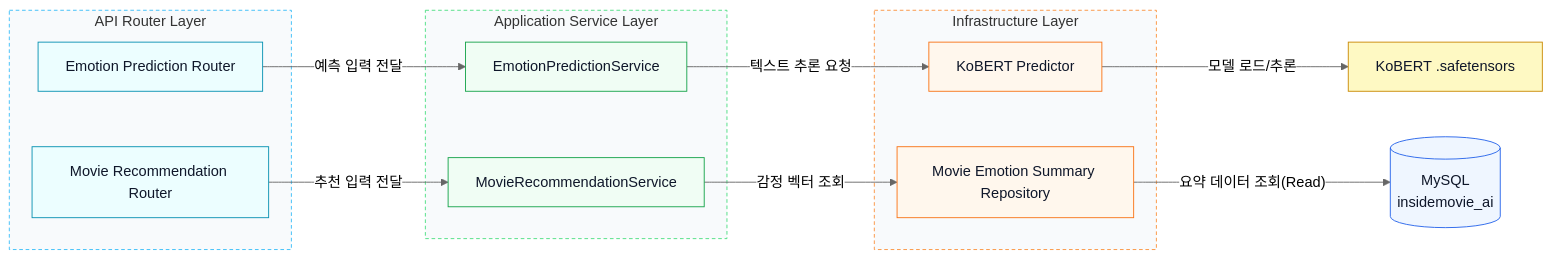
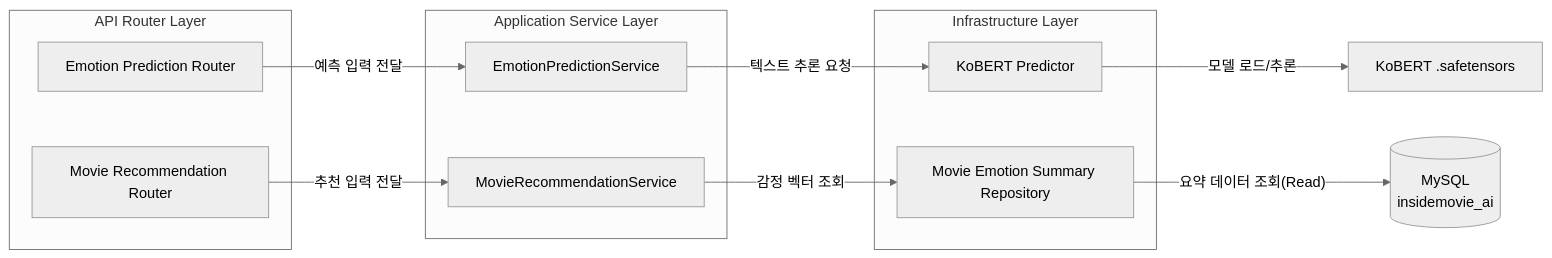
The third of 9 diagrams in posts/projects/movie-platform.md (Gumraze-git/devlog), drawn with Mermaid (neutral theme) before and after one commit. The commit also changed other lines of this file and 8 other files, not shown here.

````diff
--- a/posts/projects/movie-platform.md
+++ b/posts/projects/movie-platform.md
@@ -174,43 +211,31 @@
 ```mermaid
 flowchart LR
   subgraph API["API Router Layer"]
     A_Emotion["Emotion Prediction Router"]
     A_Recommend["Movie Recommendation Router"]
   end
 
   subgraph APP["Application Service Layer"]
     S_Emotion["EmotionPredictionService"]
     S_Recommend["MovieRecommendationService"]
   end
 
   subgraph INFRA["Infrastructure Layer"]
     Repo["Movie Emotion Summary Repository"]
     Predictor["KoBERT Predictor"]
   end
 
   DBAI[("MySQL<br/>insidemovie_ai")]
   Model["KoBERT .safetensors"]
 
   A_Emotion -- "예측 입력 전달" --> S_Emotion
   A_Recommend -- "추천 입력 전달" --> S_Recommend
   S_Emotion -- "텍스트 추론 요청" --> Predictor
   S_Recommend -- "감정 벡터 조회" --> Repo
   Repo -- "요약 데이터 조회(Read)" --> DBAI
   Predictor -- "모델 로드/추론" --> Model
 
-  class A_Emotion,A_Recommend api
-  class S_Emotion,S_Recommend appsvc
-  class Repo,Predictor infra
-  class DBAI data
-  class Model model
+  class S_Emotion,S_Recommend sem-success;
+  class A_Emotion,A_Recommend,Repo,Predictor,Model sem-info;
 
-  classDef api fill:#ecfeff,stroke:#0891b2,color:#0f172a,stroke-width:1px
-  classDef appsvc fill:#f0fdf4,stroke:#16a34a,color:#0f172a,stroke-width:1px
-  classDef infra fill:#fff7ed,stroke:#f97316,color:#0f172a,stroke-width:1px
-  classDef data fill:#eff6ff,stroke:#2563eb,color:#0f172a,stroke-width:1px
-  classDef model fill:#fef9c3,stroke:#ca8a04,color:#0f172a,stroke-width:1px
-
-  style API fill:#f8fafc,stroke:#38bdf8,stroke-dasharray: 4 3
-  style APP fill:#f8fafc,stroke:#4ade80,stroke-dasharray: 4 3
-  style INFRA fill:#f8fafc,stroke:#fb923c,stroke-dasharray: 4 3
 ```
````
